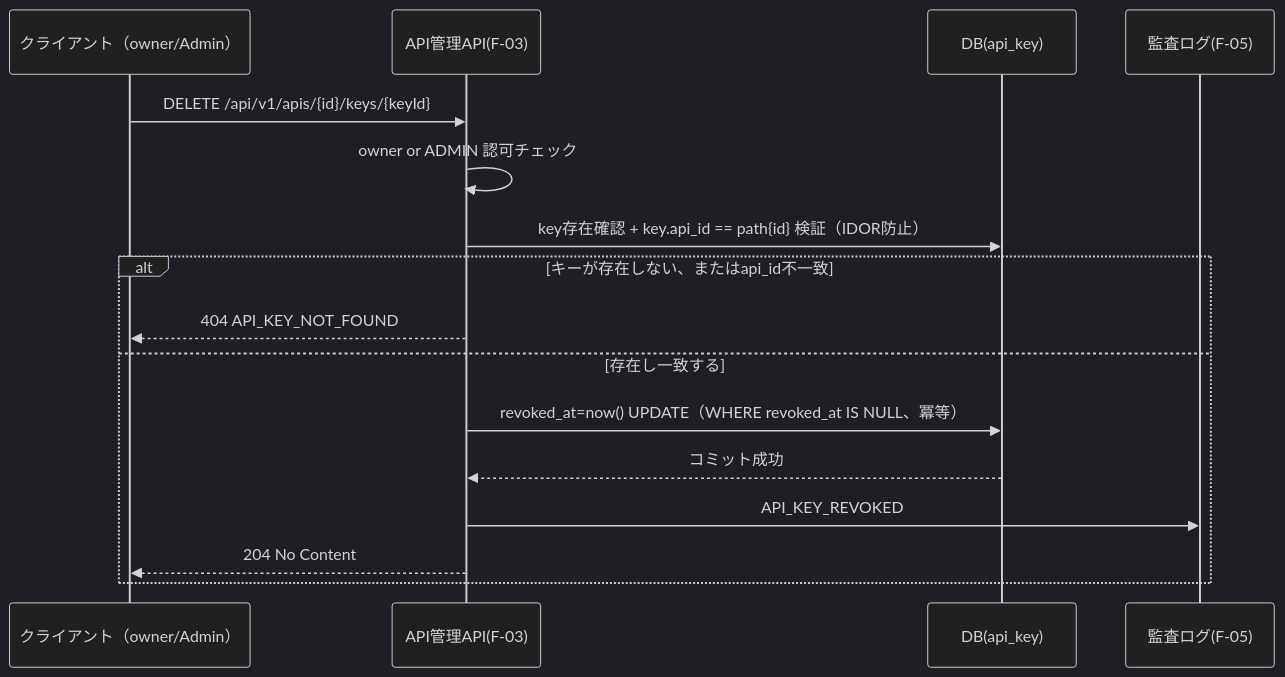
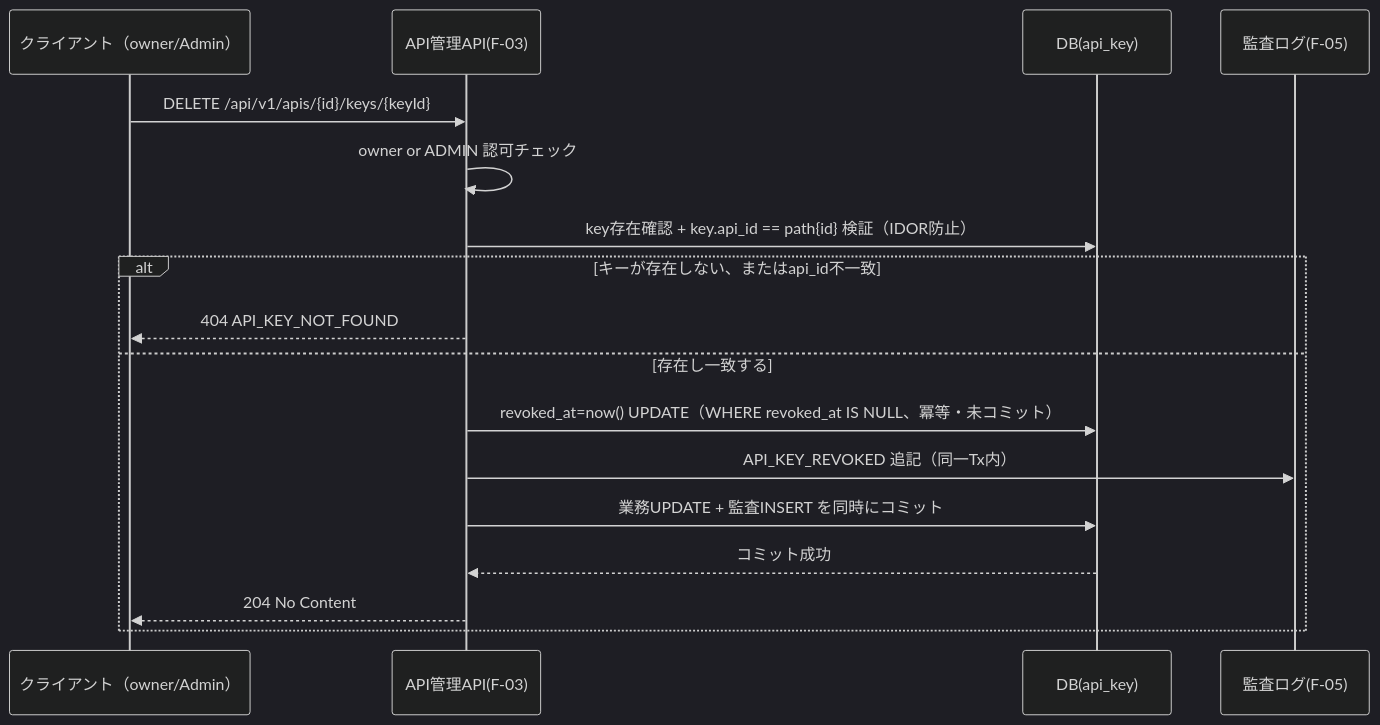
One commit to ryohei-sumii/ForgeHub changed the second of 3 diagrams in docs/design/f-03-api-management.md. Above: the diagram before and after it, drawn with Mermaid (dark theme). The commit also changed other lines of this file and 5 other files, not shown here.

````diff
--- a/docs/design/f-03-api-management.md
+++ b/docs/design/f-03-api-management.md
@@ -218,19 +220,20 @@
 ```mermaid
 sequenceDiagram
     participant C as クライアント（owner/Admin）
     participant A as API管理API(F-03)
     participant D as DB(api_key)
     participant L as 監査ログ(F-05)
 
     C->>A: DELETE /api/v1/apis/{id}/keys/{keyId}
     A->>A: owner or ADMIN 認可チェック
     A->>D: key存在確認 + key.api_id == path{id} 検証（IDOR防止）
     alt キーが存在しない、またはapi_id不一致
         A-->>C: 404 API_KEY_NOT_FOUND
     else 存在し一致する
-        A->>D: revoked_at=now() UPDATE（WHERE revoked_at IS NULL、冪等）
+        A->>D: revoked_at=now() UPDATE（WHERE revoked_at IS NULL、冪等・未コミット）
+        A->>L: API_KEY_REVOKED 追記（同一Tx内）
+        A->>D: 業務UPDATE + 監査INSERT を同時にコミット
         D-->>A: コミット成功
-        A->>L: API_KEY_REVOKED
         A-->>C: 204 No Content
     end
 ```
````
